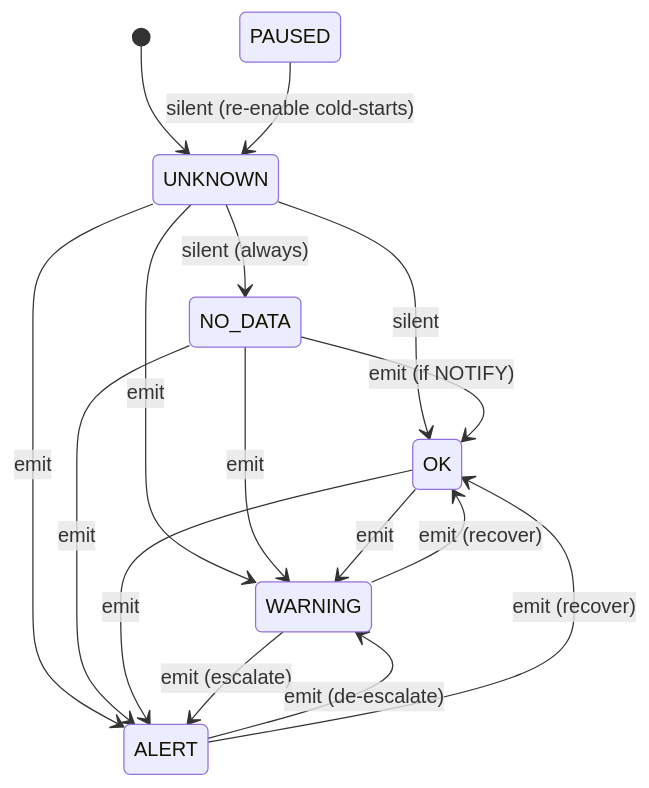
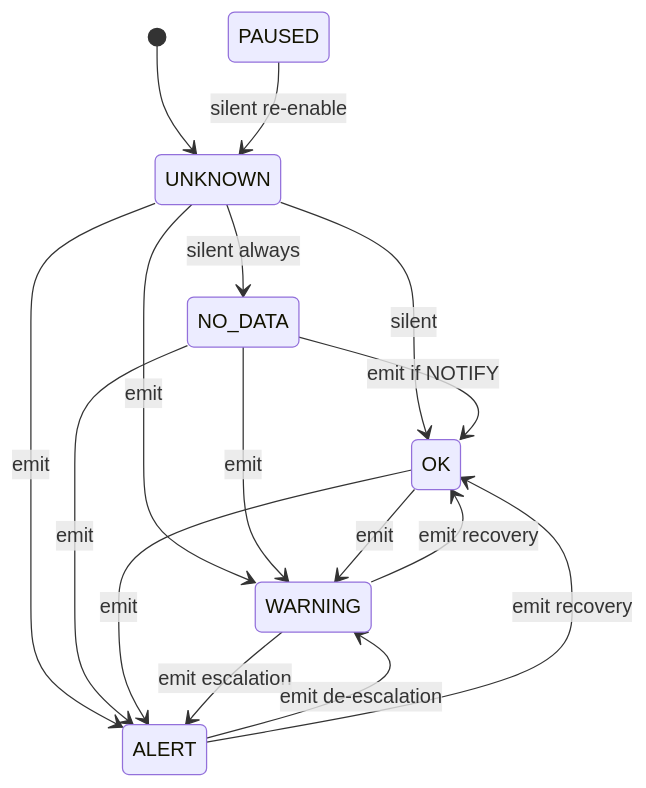
The fourth of 6 diagrams in content/blog/2026-05-30-designing-monitors-and-alerting.mdx (langfuse/langfuse-docs), drawn with Mermaid before and after one commit. The commit also changed other lines of this file, not shown here.

````diff
--- a/content/blog/2026-05-30-designing-monitors-and-alerting.mdx
+++ b/content/blog/2026-05-30-designing-monitors-and-alerting.mdx
@@ -119,18 +175,18 @@
 ```mermaid
 stateDiagram-v2
   [*] --> UNKNOWN
   UNKNOWN --> OK: silent
   UNKNOWN --> WARNING: emit
   UNKNOWN --> ALERT: emit
-  UNKNOWN --> NO_DATA: silent (always)
-  NO_DATA --> OK: emit (if NOTIFY)
+  UNKNOWN --> NO_DATA: silent always
+  NO_DATA --> OK: emit if NOTIFY
   NO_DATA --> WARNING: emit
   NO_DATA --> ALERT: emit
   OK --> WARNING: emit
   OK --> ALERT: emit
-  WARNING --> ALERT: emit (escalate)
-  ALERT --> WARNING: emit (de-escalate)
-  WARNING --> OK: emit (recover)
-  ALERT --> OK: emit (recover)
-  PAUSED --> UNKNOWN: silent (re-enable cold-starts)
+  WARNING --> ALERT: emit escalation
+  ALERT --> WARNING: emit de-escalation
+  WARNING --> OK: emit recovery
+  ALERT --> OK: emit recovery
+  PAUSED --> UNKNOWN: silent re-enable
 ```
````
